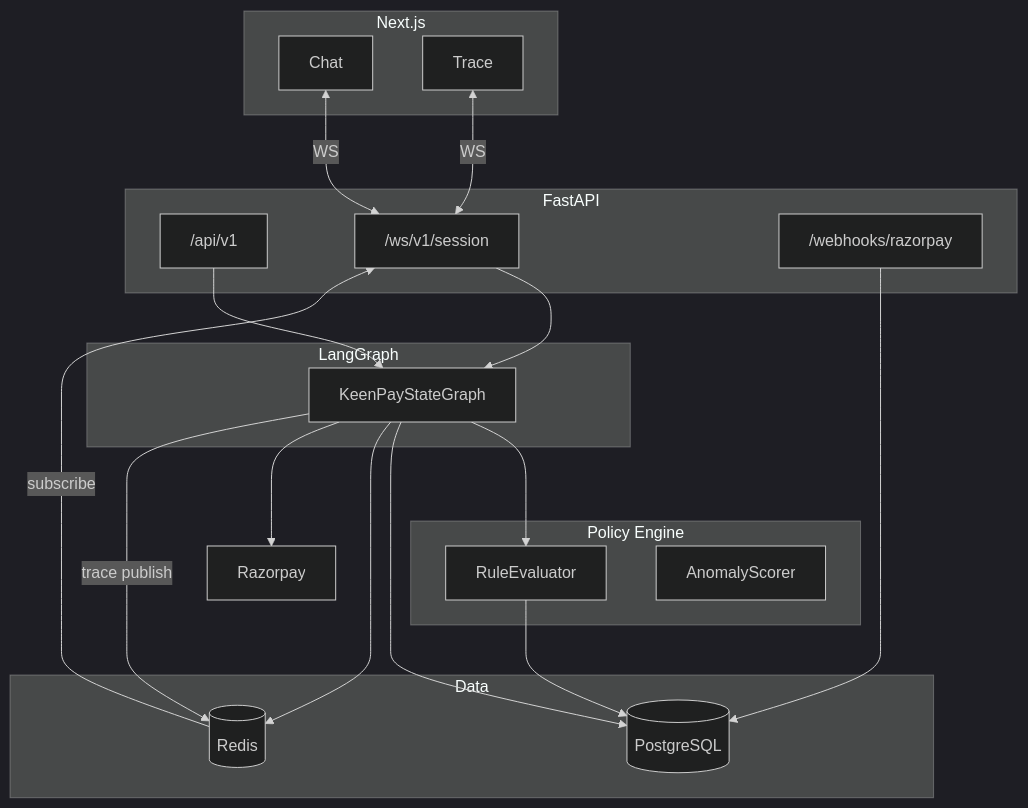
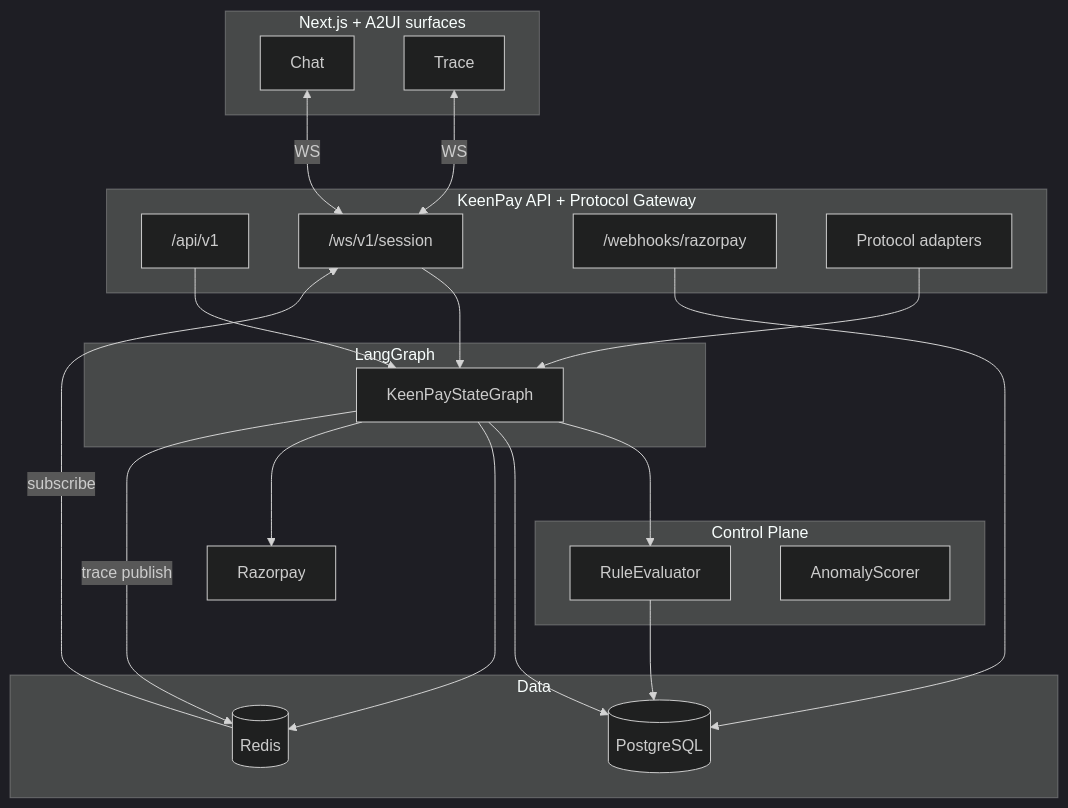
One commit to ambitiouss22/KeenPay changed the first of 2 diagrams in docs/ARCHITECTURE.md. Above: the diagram before and after it, drawn with Mermaid (dark theme). The commit also changed other lines of this file and 26 other files, not shown here.

````diff
--- a/docs/ARCHITECTURE.md
+++ b/docs/ARCHITECTURE.md
@@ -17,35 +41,37 @@
 ```mermaid
 flowchart TB
-    subgraph Client["Next.js"]
+    subgraph Client["Next.js + A2UI surfaces"]
         Chat["Chat"]
         Trace["Trace"]
     end
-    subgraph API["FastAPI"]
+    subgraph Gateway["KeenPay API + Protocol Gateway"]
         REST["/api/v1"]
         WS["/ws/v1/session"]
         WH["/webhooks/razorpay"]
+        Proto["Protocol adapters"]
     end
     subgraph Orchestration["LangGraph"]
         Graph["KeenPayStateGraph"]
     end
-    subgraph Policy["Policy Engine"]
+    subgraph Policy["Control Plane"]
         Rules["RuleEvaluator"]
         Anomaly["AnomalyScorer"]
     end
     subgraph Data["Data"]
         PG[(PostgreSQL)]
         RD[(Redis)]
     end
     Chat <-->|WS| WS
     Trace <-->|WS| WS
+    Proto --> Graph
     WS --> Graph
     REST --> Graph
     Graph --> Rules
     Rules --> PG
     Graph --> PG
     Graph --> RD
     Graph --> Razorpay
     WH --> PG
     Graph -->|trace publish| RD
     RD -->|subscribe| WS
 ```
````
